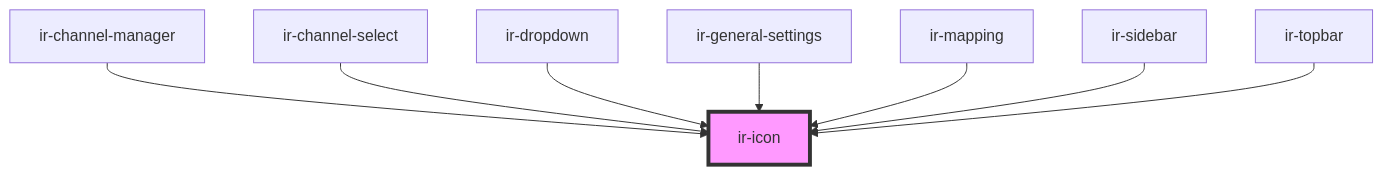
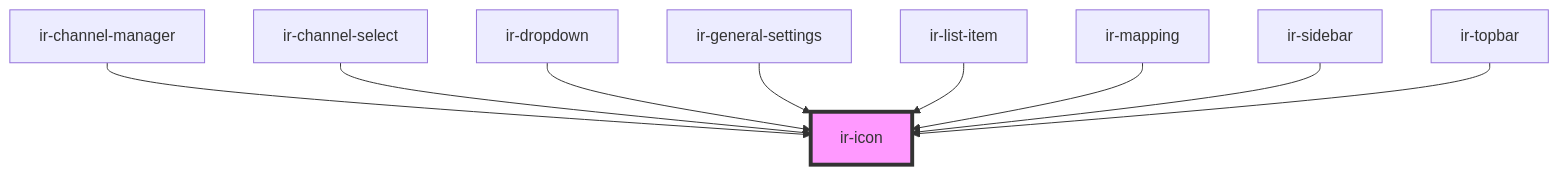
Before and after one commit to freddynasr/ir-webcmp: the diagram in src/components/ir-icon/readme.md, drawn with Mermaid. The commit also changed other lines of this file and 13 other files, not shown here.

````diff
--- a/src/components/ir-icon/readme.md
+++ b/src/components/ir-icon/readme.md
@@ -28,11 +29,12 @@
 ```mermaid
 graph TD;
   ir-channel-manager --> ir-icon
   ir-channel-select --> ir-icon
   ir-dropdown --> ir-icon
   ir-general-settings --> ir-icon
+  ir-list-item --> ir-icon
   ir-mapping --> ir-icon
   ir-sidebar --> ir-icon
   ir-topbar --> ir-icon
   style ir-icon fill:#f9f,stroke:#333,stroke-width:4px
 ```
````
